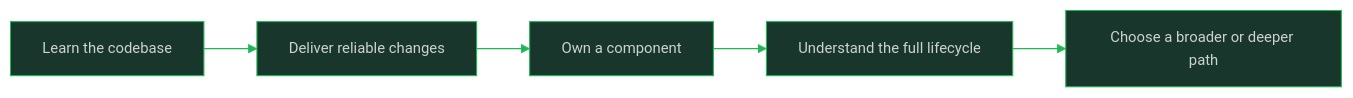
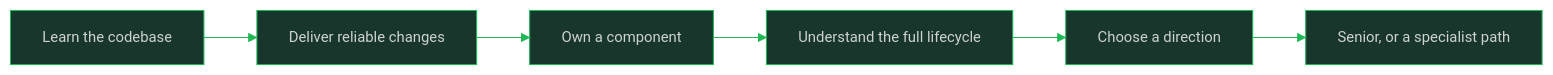
Before and after one commit to oat431/swe-knowledge: the diagram in career-path/01_Software_Engineer/00_overview.md, drawn with Mermaid. The commit also changed other lines of this file and 9 other files, not shown here.

````diff
--- a/career-path/01_Software_Engineer/00_overview.md
+++ b/career-path/01_Software_Engineer/00_overview.md
@@ -61,8 +73,9 @@
 ```mermaid
 %%{init: {'theme':'base','themeVariables':{'primaryColor':'#19362D','primaryTextColor':'#CDD3D1','primaryBorderColor':'#1FB854','lineColor':'#1FB854','background':'#1B1717','mainBkg':'#19362D','clusterBkg':'#161212','edgeLabelBackground':'#161212','titleColor':'#1FB854','fontSize':'14px'}}}%%
 flowchart LR
     LEARN["Learn the codebase"] --> DELIVER["Deliver reliable changes"]
     DELIVER --> OWN["Own a component"]
     OWN --> BROADEN["Understand the full lifecycle"]
-    BROADEN --> NEXT["Choose a broader or deeper path"]
+    BROADEN --> CHOOSE["Choose a direction"]
+    CHOOSE --> NEXT["Senior, or a specialist path"]
 ```
````
